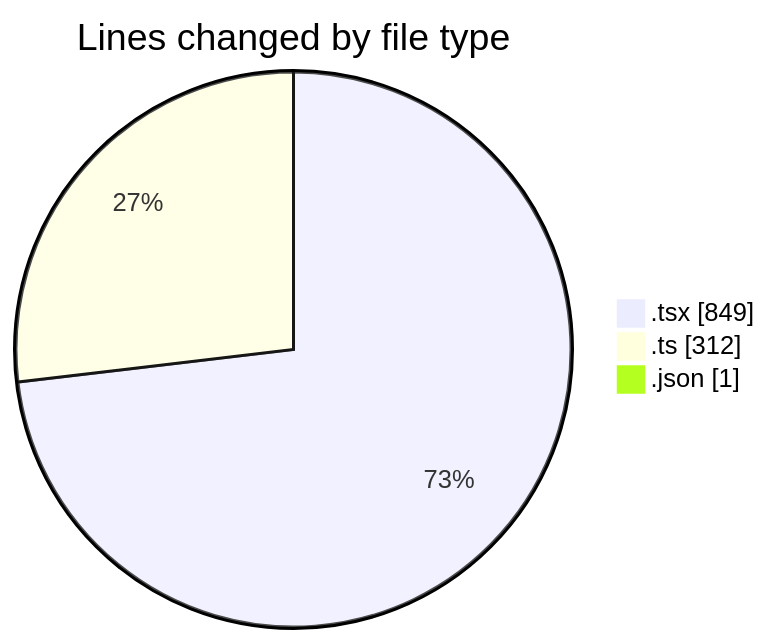
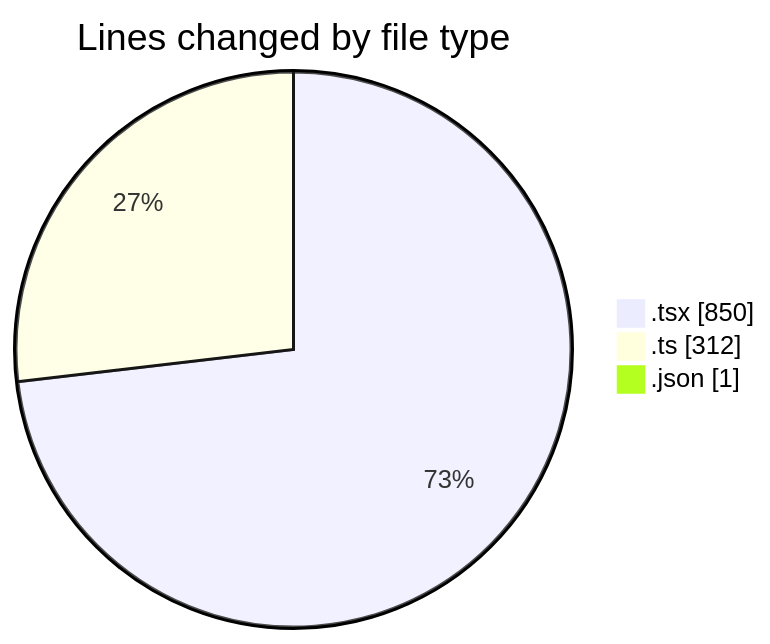
The first of 2 diagrams in 2025-10-08/eventscop-frontend-guide__workspace_/README.md (julien-gomy/code-tracking), drawn with Mermaid before and after one commit. The commit also changed other lines of this file and 1 other file, not shown here.

````diff
--- a/2025-10-08/eventscop-frontend-guide__workspace_/README.md
+++ b/2025-10-08/eventscop-frontend-guide__workspace_/README.md
@@ -27,7 +27,7 @@
 ```mermaid
 pie showData
 title Lines changed by file type
-".tsx" : 849
+".tsx" : 850
 ".ts" : 312
 ".json" : 1
 ```
````
